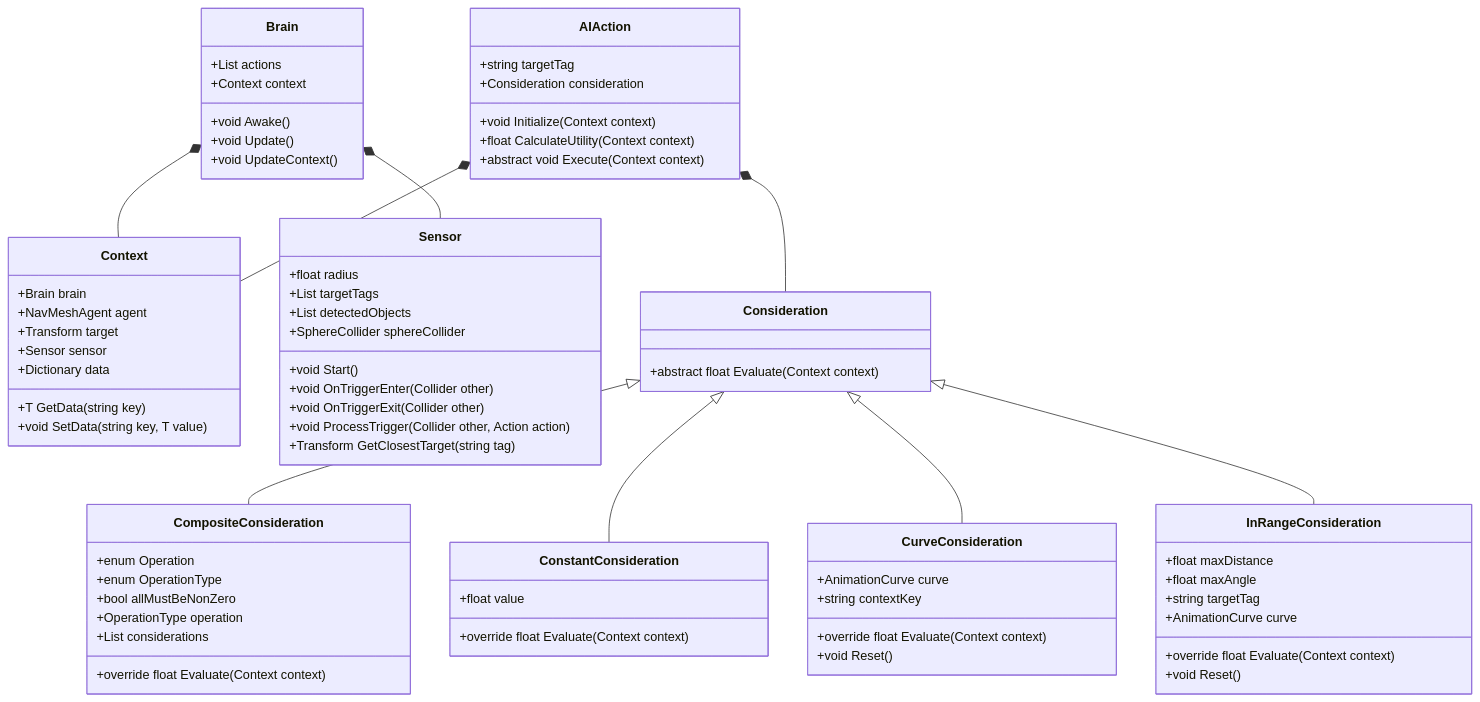
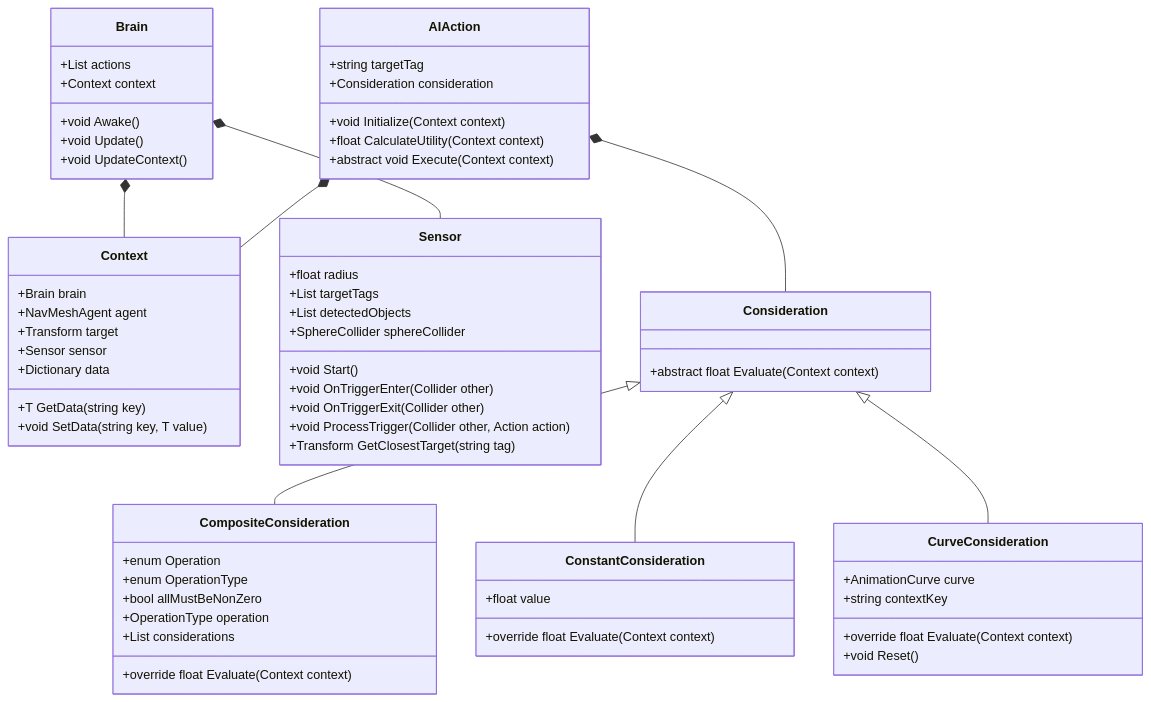
The first of 2 diagrams in README.md (Marc0sPM/IAV25-PerezMartinez), drawn with Mermaid before and after one commit. The commit also changed other lines of this file, not shown here.

````diff
--- a/README.md
+++ b/README.md
@@ -126,15 +518,6 @@
         +void Reset()
     }
 
-    class InRangeConsideration {
-        +float maxDistance
-        +float maxAngle
-        +string targetTag
-        +AnimationCurve curve
-        +override float Evaluate(Context context)
-        +void Reset()
-    }
-
     Brain *-- Context
     Brain *-- Sensor
     AIAction *-- Context
@@ -142,5 +525,4 @@
     Consideration <|-- CompositeConsideration
     Consideration <|-- ConstantConsideration
     Consideration <|-- CurveConsideration
-    Consideration <|-- InRangeConsideration
 ```
````
